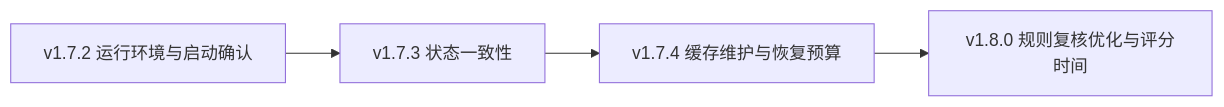
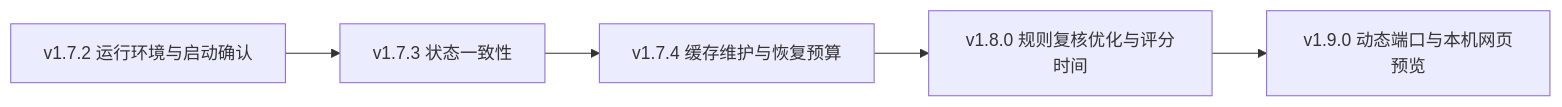
The third of 3 diagrams in README.md (cr20085361/claude-code-protection-tool), drawn with Mermaid before and after one commit. The commit also changed other lines of this file and 10 other files, not shown here.

````diff
--- a/README.md
+++ b/README.md
@@ -110,6 +115,7 @@
 ```mermaid
 flowchart LR
   A["v1.7.2 运行环境与启动确认"] --> B["v1.7.3 状态一致性"]
   B --> C["v1.7.4 缓存维护与恢复预算"]
   C --> D["v1.8.0 规则复核优化与评分时间"]
+  D --> E["v1.9.0 动态端口与本机网页预览"]
 ```
````
